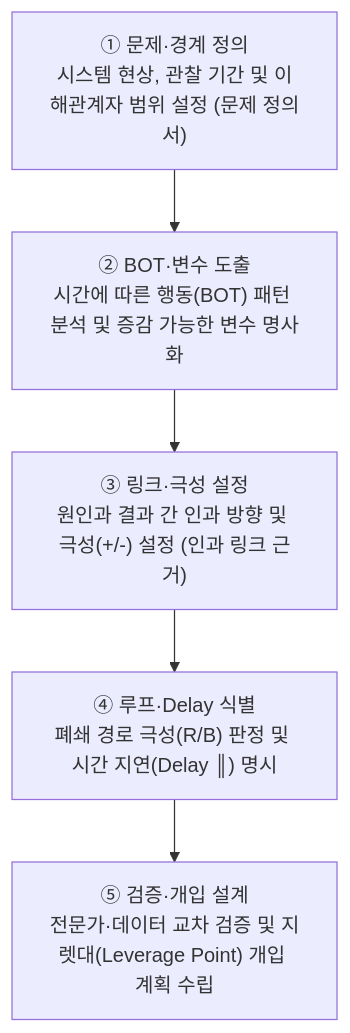
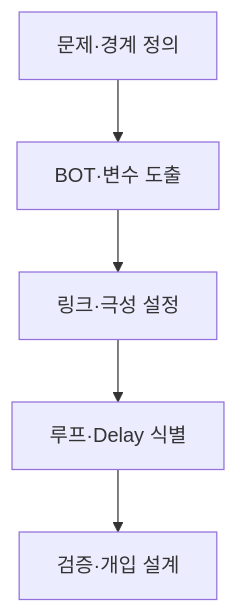
One commit to agnusdei1207/study changed the first of 3 diagrams in src/content/docs/notes/itpe/01-it-strategy/116_causal_loop_diagram.md. Above: the diagram before and after it, drawn with Mermaid. The commit also changed other lines of this file and 18 other files, not shown here.

````diff
--- a/src/content/docs/notes/itpe/01-it-strategy/116_causal_loop_diagram.md
+++ b/src/content/docs/notes/itpe/01-it-strategy/116_causal_loop_diagram.md
@@ -68,9 +67,4 @@
 ```mermaid
 flowchart TD
-    S1["① 문제·경계 정의<br/>시스템 현상, 관찰 기간 및 이해관계자 범위 설정 (문제 정의서)"]
-    S2["② BOT·변수 도출<br/>시간에 따른 행동(BOT) 패턴 분석 및 증감 가능한 변수 명사화"]
-    S3["③ 링크·극성 설정<br/>원인과 결과 간 인과 방향 및 극성(+/-) 설정 (인과 링크 근거)"]
-    S4["④ 루프·Delay 식별<br/>폐쇄 경로 극성(R/B) 판정 및 시간 지연(Delay ║) 명시"]
-    S5["⑤ 검증·개입 설계<br/>전문가·데이터 교차 검증 및 지렛대(Leverage Point) 개입 계획 수립"]
-    S1 --> S2 --> S3 --> S4 --> S5
+    S1["문제·경계 정의"] --> S2["BOT·변수 도출"] --> S3["링크·극성 설정"] --> S4["루프·Delay 식별"] --> S5["검증·개입 설계"]
 ```
````
